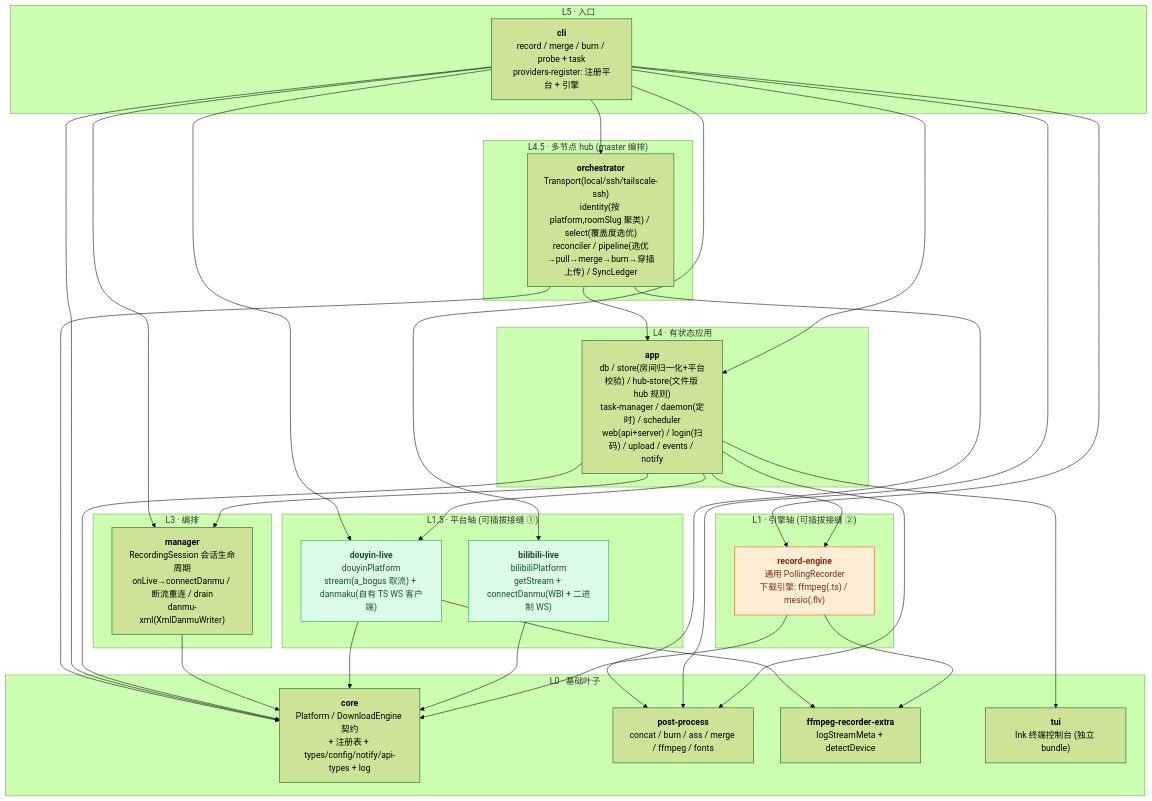
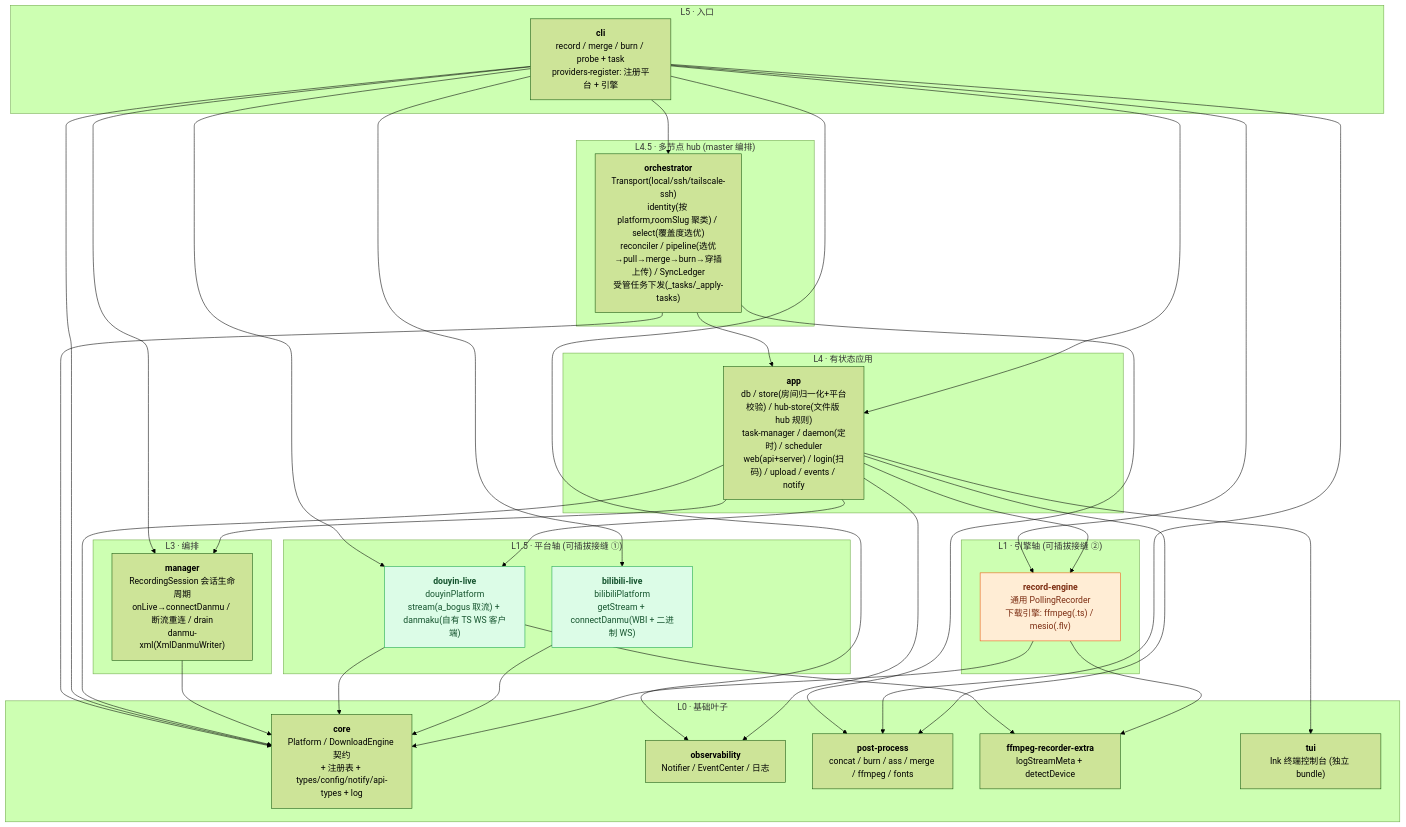
The first of 3 diagrams in docs/architecture.md (fuyucn/douyin-rec), drawn with Mermaid (forest theme) before and after one commit. The commit also changed other lines of this file and 7 other files, not shown here.

````diff
--- a/docs/architecture.md
+++ b/docs/architecture.md
@@ -17,57 +17,60 @@
 ```mermaid
 flowchart TB
   subgraph L5["L5 · 入口"]
     cli["<b>cli</b><br/>record / merge / burn / probe + task<br/>providers-register: 注册平台 + 引擎"]
   end
   subgraph L45["L4.5 · 多节点 hub (master 编排)"]
-    orch["<b>orchestrator</b><br/>Transport(local/ssh/tailscale-ssh)<br/>identity(按 platform,roomSlug 聚类) / select(覆盖度选优)<br/>reconciler / pipeline(选优→pull→merge→burn→穿插上传) / SyncLedger"]
+    orch["<b>orchestrator</b><br/>Transport(local/ssh/tailscale-ssh)<br/>identity(按 platform,roomSlug 聚类) / select(覆盖度选优)<br/>reconciler / pipeline(选优→pull→merge→burn→穿插上传) / SyncLedger<br/>受管任务下发(_tasks/_apply-tasks)"]
   end
   subgraph L4["L4 · 有状态应用"]
     app["<b>app</b><br/>db / store(房间归一化+平台校验) / hub-store(文件版 hub 规则)<br/>task-manager / daemon(定时) / scheduler<br/>web(api+server) / login(扫码) / upload / events / notify"]
   end
   subgraph L3["L3 · 编排"]
     manager["<b>manager</b><br/>RecordingSession 会话生命周期<br/>onLive→connectDanmu / 断流重连 / drain<br/>danmu-xml(XmlDanmuWriter)"]
   end
   subgraph L15["L1.5 · 平台轴 (可插拔接缝 ①)"]
     douyin["<b>douyin-live</b><br/>douyinPlatform<br/>stream(a_bogus 取流) + danmaku(自有 TS WS 客户端)"]
     bilibili["<b>bilibili-live</b><br/>bilibiliPlatform<br/>getStream + connectDanmu(WBI + 二进制 WS)"]
   end
   subgraph L1["L1 · 引擎轴 (可插拔接缝 ②)"]
     engine["<b>record-engine</b><br/>通用 PollingRecorder<br/>下载引擎: ffmpeg(.ts) / mesio(.flv)"]
   end
   subgraph L0["L0 · 基础叶子"]
     core["<b>core</b><br/>Platform / DownloadEngine 契约<br/>+ 注册表 + types/config/notify/api-types + log"]
+    observ["<b>observability</b><br/>Notifier / EventCenter / 日志"]
     post["<b>post-process</b><br/>concat / burn / ass / merge / ffmpeg / fonts"]
     extra["<b>ffmpeg-recorder-extra</b><br/>logStreamMeta + detectDevice"]
     tui["<b>tui</b><br/>Ink 终端控制台 (独立 bundle)"]
   end
 
   cli --> orch
   orch --> app
   orch --> post
   orch --> core
   cli --> app
+  cli --> observ
   cli --> manager
   cli --> douyin
   cli --> bilibili
   cli --> engine
   cli --> post
   cli --> core
   app --> manager
+  app --> observ
   app --> douyin
   app --> engine
   app --> post
   app --> tui
   app --> core
   manager --> core
   douyin --> core
   douyin --> extra
   bilibili --> core
   engine --> core
   engine --> extra
 
   classDef axisPlat fill:#dcfce7,stroke:#16a34a,color:#14532d;
   classDef axisEng fill:#ffedd5,stroke:#ea580c,color:#7c2d12;
   class douyin,bilibili axisPlat;
   class engine axisEng;
 ```
````
